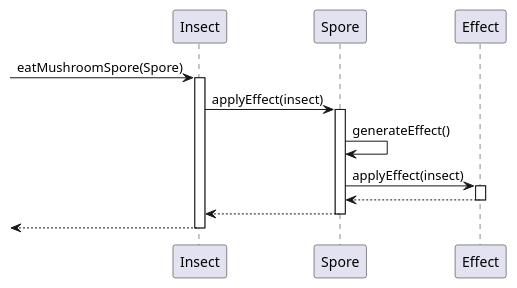
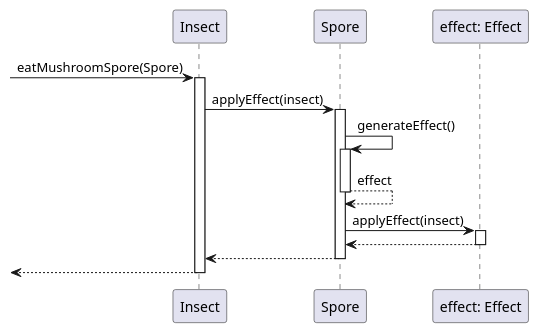
The diagram in diagrams/sequence/insect/eatMushroomSpore.plantuml (dzsem/projlab), drawn with PlantUML before and after one commit. The commit also changed 17 other files, not shown here.

Commit message:
Patch diagrams round 1

```diff
--- a/diagrams/sequence/insect/eatMushroomSpore.plantuml
+++ b/diagrams/sequence/insect/eatMushroomSpore.plantuml
@@ -1,35 +1,39 @@
 @startuml SporeEating
 
 participant "Insect" as insect
 participant "Spore" as spore
-participant "Effect" as effect
+participant "effect: Effect" as effect
 
 
 ->insect: eatMushroomSpore(Spore)
 activate insect
 
     
 insect->spore : applyEffect(insect)
 
 activate spore
 
 
 
 spore->spore : generateEffect()
+activate spore
+
+spore --> spore: effect
+deactivate spore
 
 
 spore ->effect : applyEffect(insect)
 activate effect
 
 spore <-- effect
 deactivate effect
 
 insect <-- spore
 deactivate spore
 
 <-- insect
 deactivate insect
 
 
 
 @enduml
```
